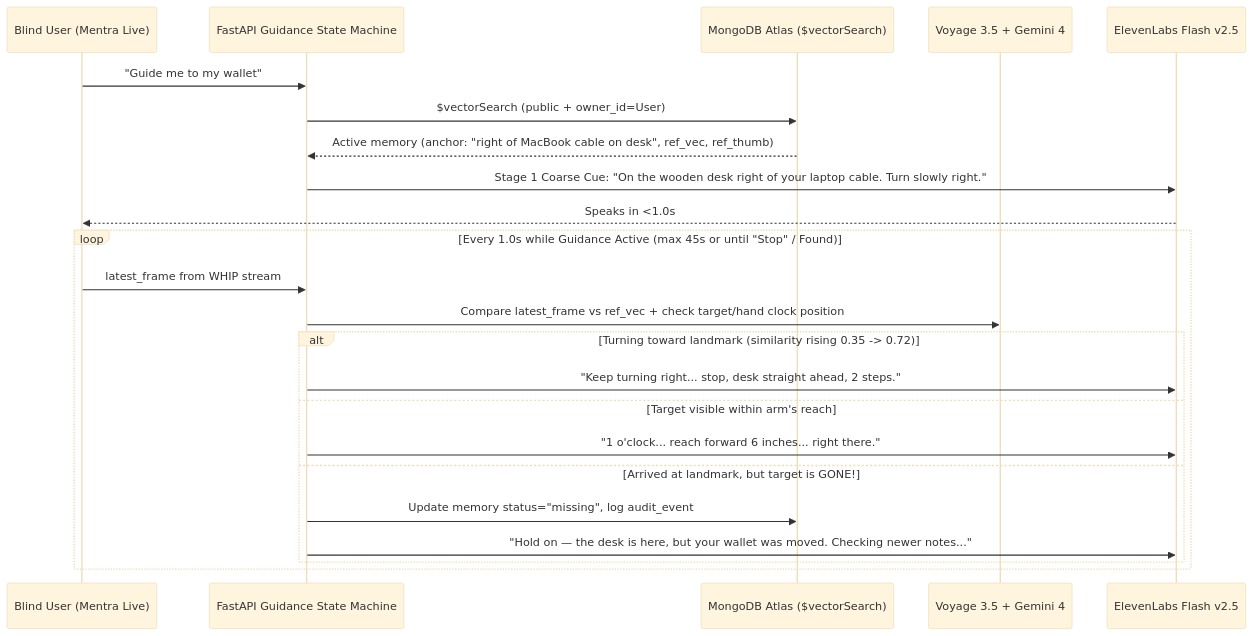
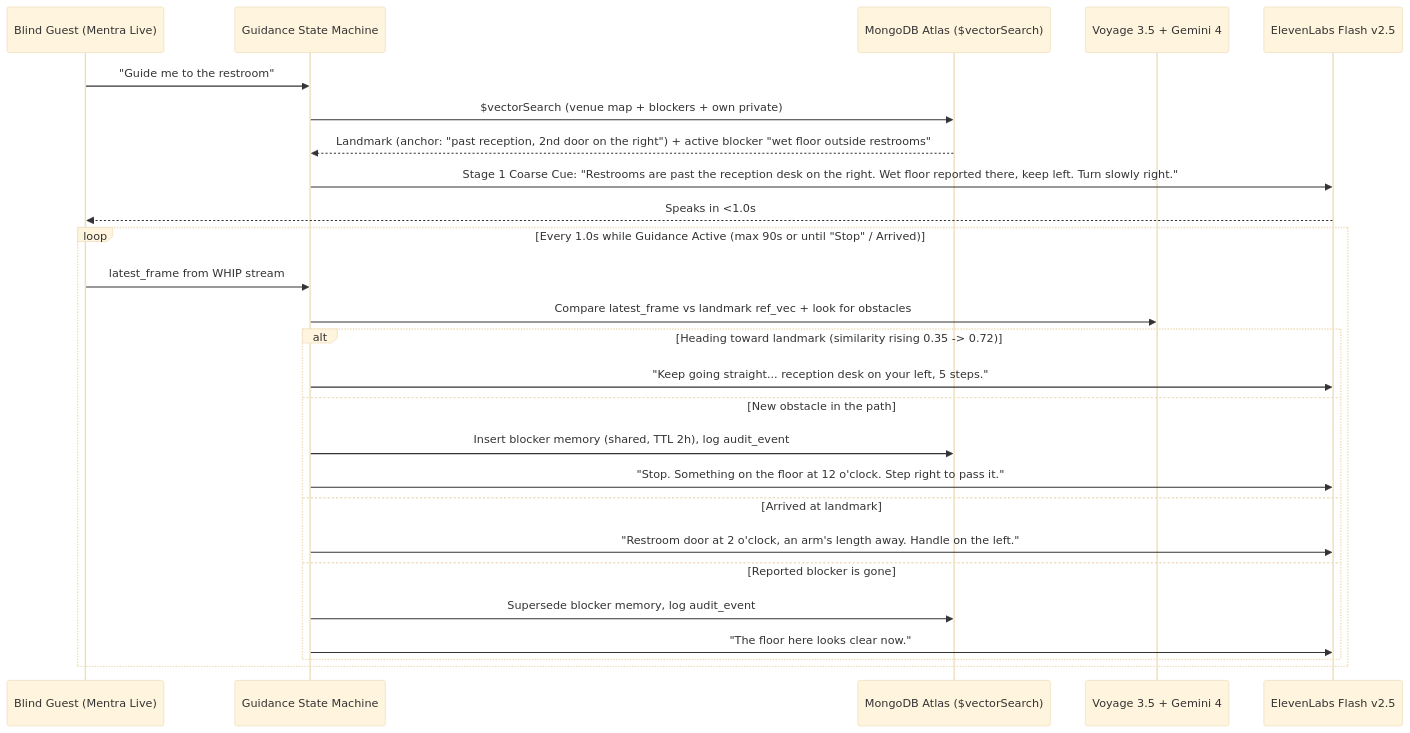
The diagram in docs/03-features-and-navigation-loop.md (thisisvaze/mongodb-hack-project), drawn with Mermaid (base theme) before and after one commit. The commit also changed other lines of this file and 6 other files, not shown here.

Commit message:
Update docs and system diagram

````diff
--- a/docs/03-features-and-navigation-loop.md
+++ b/docs/03-features-and-navigation-loop.md
@@ -41,27 +55,30 @@
 ```mermaid
 sequenceDiagram
-  participant User as Blind User (Mentra Live)
-  participant Backend as FastAPI Guidance State Machine
+  participant Guest as Blind Guest (Mentra Live)
+  participant Backend as Guidance State Machine
   participant DB as MongoDB Atlas ($vectorSearch)
   participant Vision as Voyage 3.5 + Gemini 4
   participant TTS as ElevenLabs Flash v2.5
 
-  User->>Backend: "Guide me to my wallet"
-  Backend->>DB: $vectorSearch (public + owner_id=User)
-  DB-->>Backend: Active memory (anchor: "right of MacBook cable on desk", ref_vec, ref_thumb)
-  Backend->>TTS: Stage 1 Coarse Cue: "On the wooden desk right of your laptop cable. Turn slowly right."
-  TTS-->>User: Speaks in <1.0s
+  Guest->>Backend: "Guide me to the restroom"
+  Backend->>DB: $vectorSearch (venue map + blockers + own private)
+  DB-->>Backend: Landmark (anchor: "past reception, 2nd door on the right") + active blocker "wet floor outside restrooms"
+  Backend->>TTS: Stage 1 Coarse Cue: "Restrooms are past the reception desk on the right. Wet floor reported there, keep left. Turn slowly right."
+  TTS-->>Guest: Speaks in <1.0s
 
-  loop Every 1.0s while Guidance Active (max 45s or until "Stop" / Found)
-    User->>Backend: latest_frame from WHIP stream
-    Backend->>Vision: Compare latest_frame vs ref_vec + check target/hand clock position
-    alt Turning toward landmark (similarity rising 0.35 -> 0.72)
-      Backend->>TTS: "Keep turning right... stop, desk straight ahead, 2 steps."
-    else Target visible within arm's reach
-      Backend->>TTS: "1 o'clock... reach forward 6 inches... right there."
-    else Arrived at landmark, but target is GONE!
-      Backend->>DB: Update memory status="missing", log audit_event
-      Backend->>TTS: "Hold on — the desk is here, but your wallet was moved. Checking newer notes..."
+  loop Every 1.0s while Guidance Active (max 90s or until "Stop" / Arrived)
+    Guest->>Backend: latest_frame from WHIP stream
+    Backend->>Vision: Compare latest_frame vs landmark ref_vec + look for obstacles
+    alt Heading toward landmark (similarity rising 0.35 -> 0.72)
+      Backend->>TTS: "Keep going straight... reception desk on your left, 5 steps."
+    else New obstacle in the path
+      Backend->>DB: Insert blocker memory (shared, TTL 2h), log audit_event
+      Backend->>TTS: "Stop. Something on the floor at 12 o'clock. Step right to pass it."
+    else Arrived at landmark
+      Backend->>TTS: "Restroom door at 2 o'clock, an arm's length away. Handle on the left."
+    else Reported blocker is gone
+      Backend->>DB: Supersede blocker memory, log audit_event
+      Backend->>TTS: "The floor here looks clear now."
     end
   end
 ```
````
